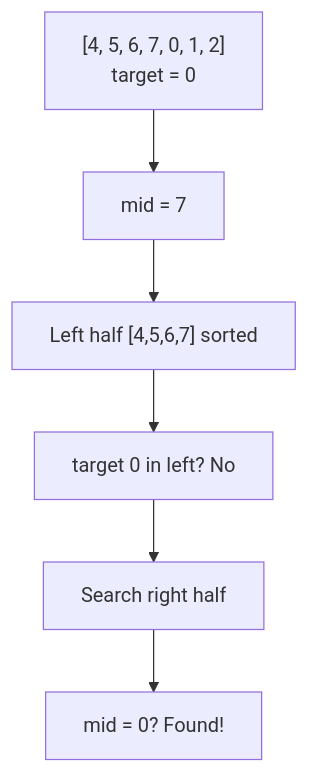
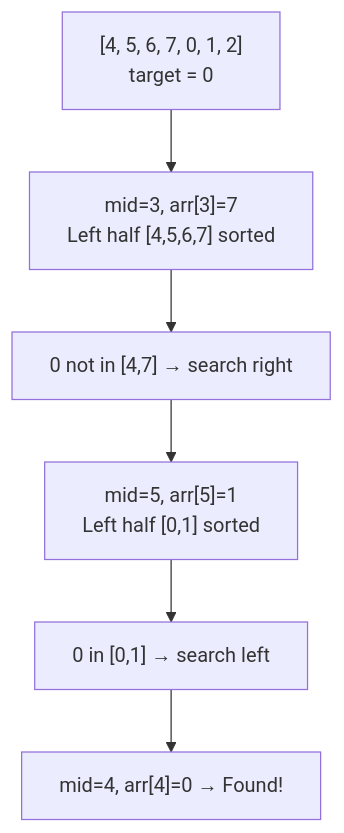
Before and after one commit to masudranaxpert/flowdesk: the third of 12 diagrams in src/data/docs/chapters/dsa/binary-search.md, drawn with Mermaid. The commit also changed other lines of this file, not shown here.

Commit message:
feat(dsa): expand binary-search.md with all 28 BS playlist topics (BS-1 to BS-27)

````diff
--- a/src/data/docs/chapters/dsa/binary-search.md
+++ b/src/data/docs/chapters/dsa/binary-search.md
@@ -115,8 +321,8 @@
 ```mermaid
 graph TD
-    A["[4, 5, 6, 7, 0, 1, 2]<br/>target = 0"] --> B["mid = 7"]
-    B --> C["Left half [4,5,6,7] sorted"]
-    C --> D["target 0 in left? No"]
-    D --> E["Search right half"]
-    E --> F["mid = 0? Found!"]
+    A["[4, 5, 6, 7, 0, 1, 2]<br/>target = 0"] --> B["mid=3, arr[3]=7<br/>Left half [4,5,6,7] sorted"]
+    B --> C["0 not in [4,7] → search right"]
+    C --> D["mid=5, arr[5]=1<br/>Left half [0,1] sorted"]
+    D --> E["0 in [0,1] → search left"]
+    E --> F["mid=4, arr[4]=0 → Found!"]
 ```
````
